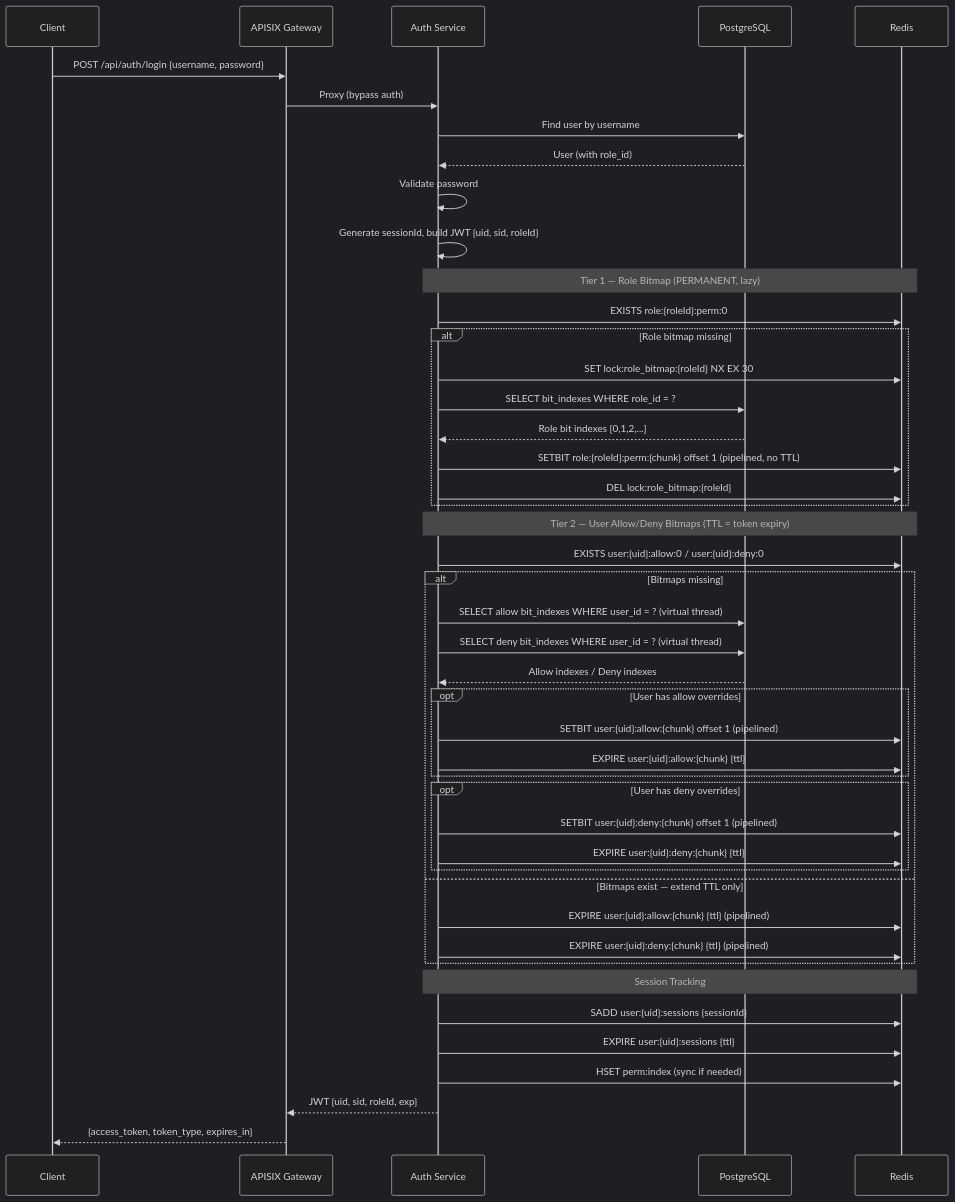
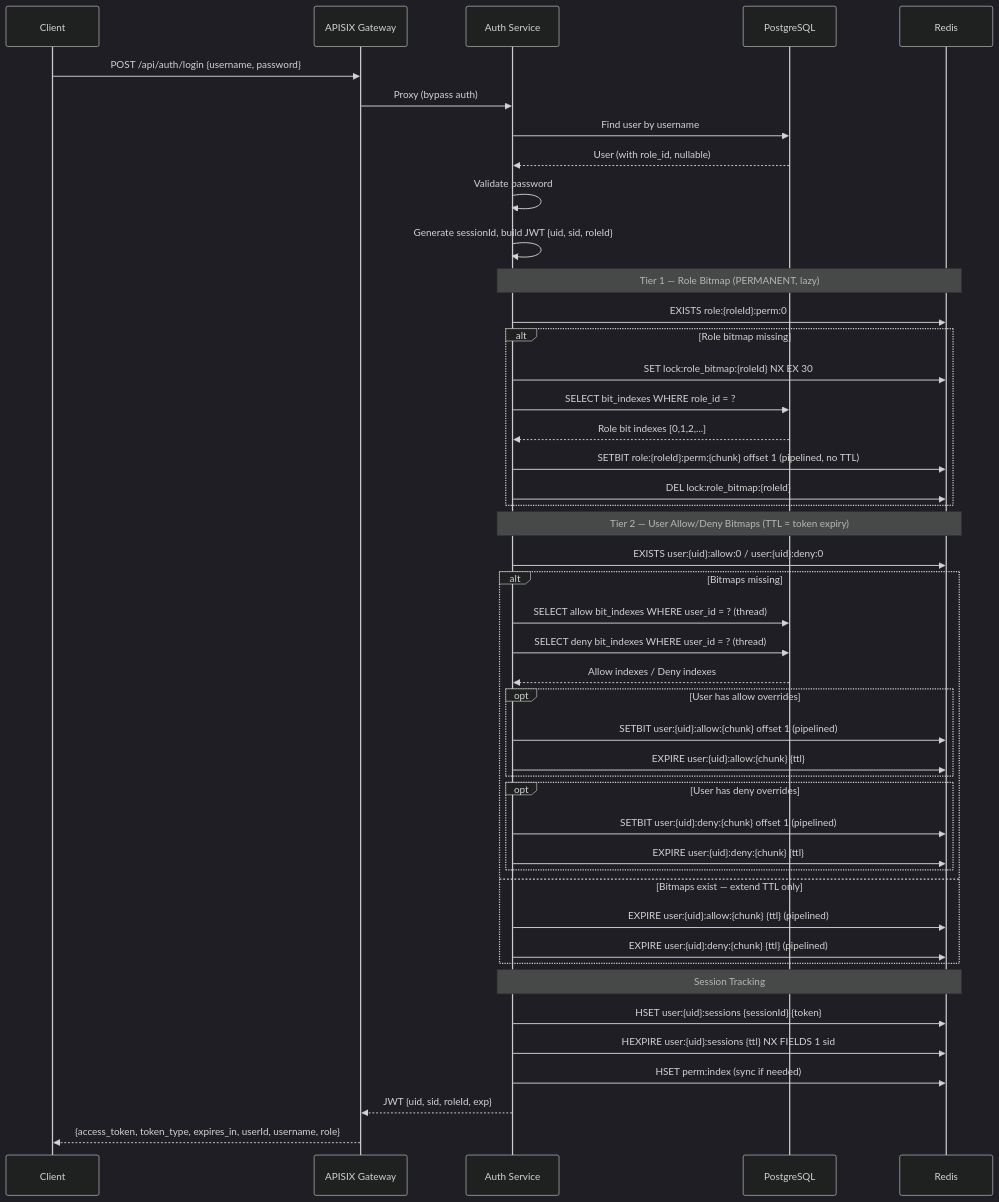
Before and after one commit to mobarakice/bitmap-authorization: the first of 2 diagrams in docs/architecture.md, drawn with Mermaid (dark theme). The commit also changed other lines of this file and 5 other files, not shown here.

````diff
--- a/docs/architecture.md
+++ b/docs/architecture.md
@@ -9,52 +9,53 @@
 ```mermaid
 sequenceDiagram
     participant C as Client
     participant A as APISIX Gateway
     participant S as Auth Service
     participant DB as PostgreSQL
     participant R as Redis
 
     C->>A: POST /api/auth/login {username, password}
     A->>S: Proxy (bypass auth)
     S->>DB: Find user by username
-    DB-->>S: User (with role_id)
+    DB-->>S: User (with role_id, nullable)
     S->>S: Validate password
     S->>S: Generate sessionId, build JWT {uid, sid, roleId}
 
     Note over S,R: Tier 1 — Role Bitmap (PERMANENT, lazy)
     S->>R: EXISTS role:{roleId}:perm:0
     alt Role bitmap missing
         S->>R: SET lock:role_bitmap:{roleId} NX EX 30
         S->>DB: SELECT bit_indexes WHERE role_id = ?
         DB-->>S: Role bit indexes [0,1,2,...]
         S->>R: SETBIT role:{roleId}:perm:{chunk} offset 1 (pipelined, no TTL)
         S->>R: DEL lock:role_bitmap:{roleId}
     end
 
     Note over S,R: Tier 2 — User Allow/Deny Bitmaps (TTL = token expiry)
     S->>R: EXISTS user:{uid}:allow:0 / user:{uid}:deny:0
     alt Bitmaps missing
-        S->>DB: SELECT allow bit_indexes WHERE user_id = ? (virtual thread)
-        S->>DB: SELECT deny bit_indexes WHERE user_id = ? (virtual thread)
+        S->>DB: SELECT allow bit_indexes WHERE user_id = ? (thread)
+        S->>DB: SELECT deny bit_indexes WHERE user_id = ? (thread)
         DB-->>S: Allow indexes / Deny indexes
         opt User has allow overrides
             S->>R: SETBIT user:{uid}:allow:{chunk} offset 1 (pipelined)
             S->>R: EXPIRE user:{uid}:allow:{chunk} {ttl}
         end
         opt User has deny overrides
             S->>R: SETBIT user:{uid}:deny:{chunk} offset 1 (pipelined)
             S->>R: EXPIRE user:{uid}:deny:{chunk} {ttl}
         end
     else Bitmaps exist — extend TTL only
         S->>R: EXPIRE user:{uid}:allow:{chunk} {ttl} (pipelined)
         S->>R: EXPIRE user:{uid}:deny:{chunk} {ttl} (pipelined)
     end
 
     Note over S,R: Session Tracking
-    S->>R: SADD user:{uid}:sessions {sessionId}
-    S->>R: EXPIRE user:{uid}:sessions {ttl}
+    S->>R: HSET user:{uid}:sessions {sessionId} {token}
+    S->>R: HEXPIRE user:{uid}:sessions {ttl} NX FIELDS 1 sid
 
     S->>R: HSET perm:index (sync if needed)
+
     S-->>A: JWT {uid, sid, roleId, exp}
-    A-->>C: {access_token, token_type, expires_in}
+    A-->>C: {access_token, token_type, expires_in, userId, username, role}
 ```
````
